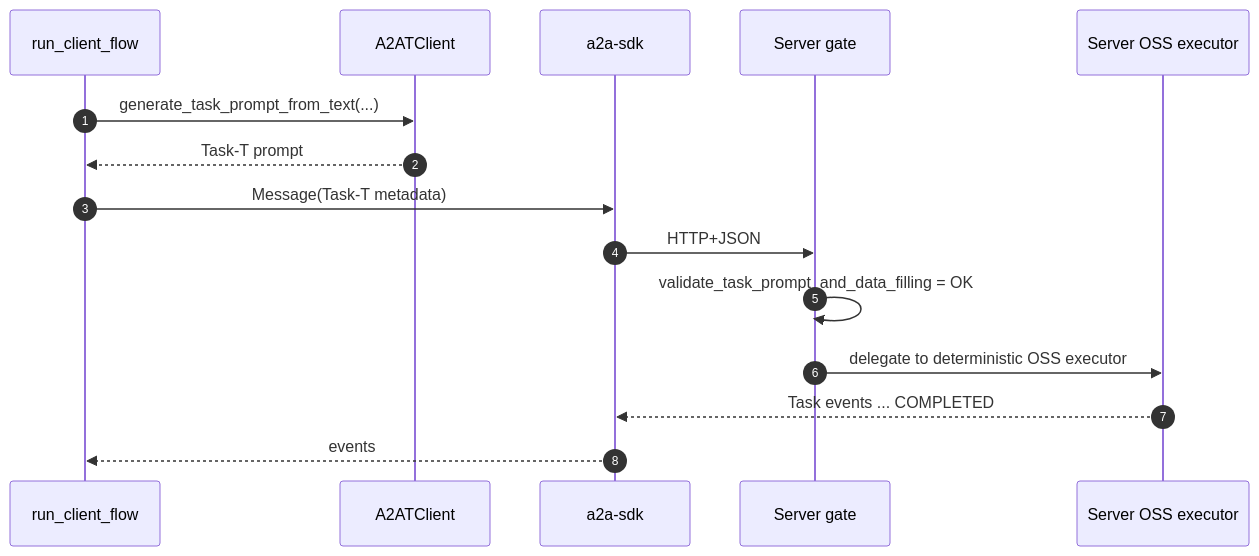
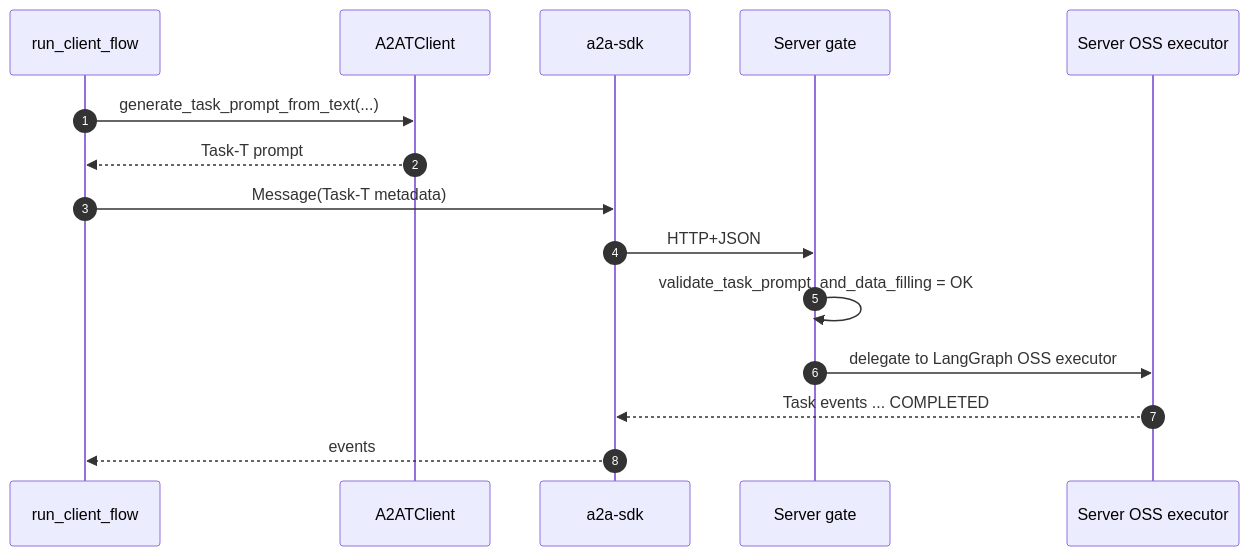
One commit to codetalks-hw/a2a-t-sdk-python changed the fourth of 8 diagrams in a2a-t-sample/ran-energy-saving/README.md. Above: the diagram before and after it, drawn with Mermaid. The commit also changed other lines of this file and 33 other files, not shown here.

````diff
--- a/a2a-t-sample/ran-energy-saving/README.md
+++ b/a2a-t-sample/ran-energy-saving/README.md
@@ -217,17 +242,17 @@
 ```mermaid
 sequenceDiagram
     autonumber
     participant F as run_client_flow
     participant T as A2ATClient
     participant A as a2a-sdk
     participant G as Server gate
     participant X as Server OSS executor
     F->>T: generate_task_prompt_from_text(...)
     T-->>F: Task-T prompt
     F->>A: Message(Task-T metadata)
     A->>G: HTTP+JSON
     G->>G: validate_task_prompt_and_data_filling = OK
-    G->>X: delegate to deterministic OSS executor
+    G->>X: delegate to LangGraph OSS executor
     X-->>A: Task events ... COMPLETED
     A-->>F: events
 ```
````
